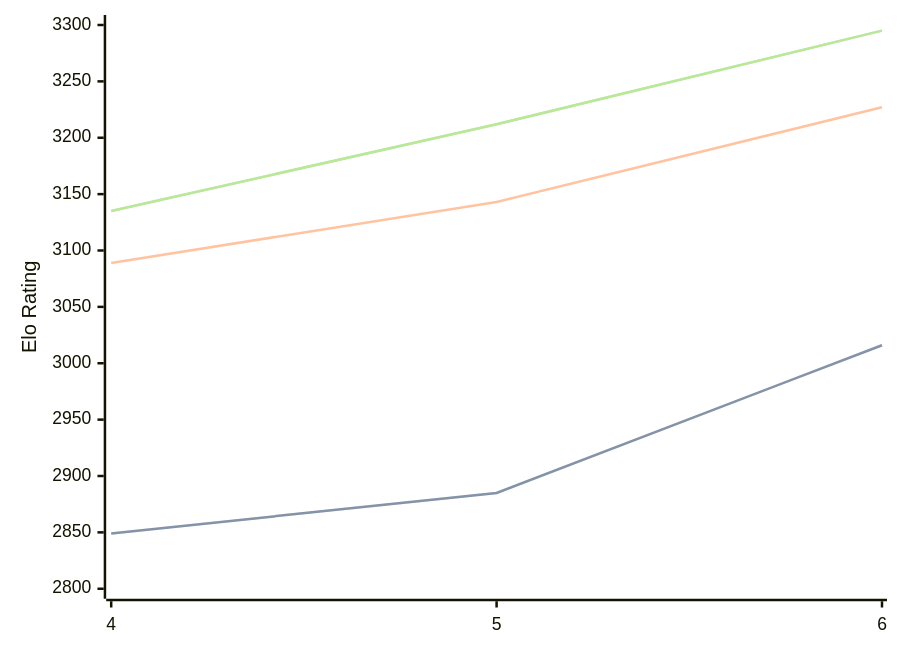
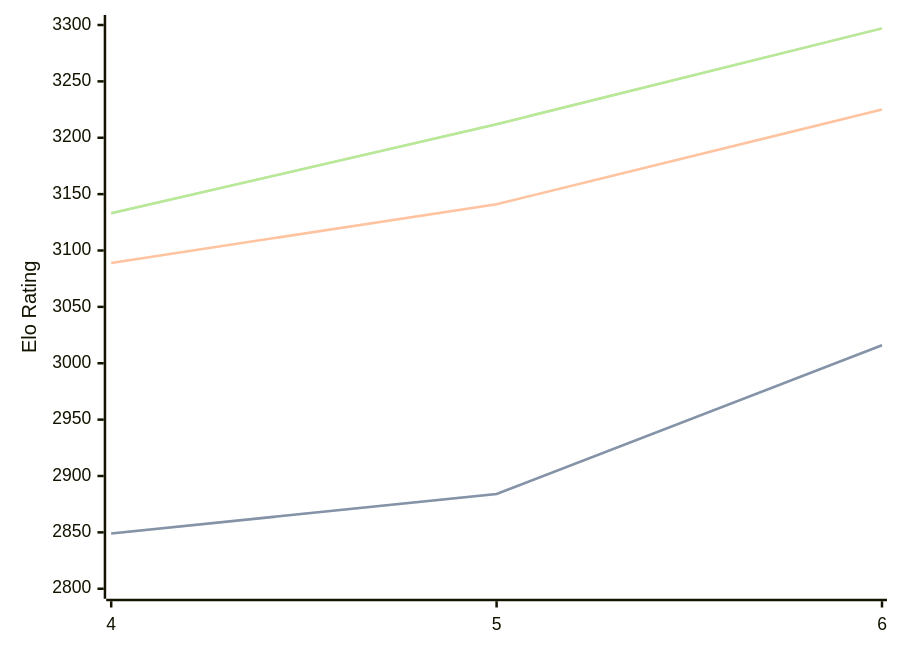
The diagram in engines/Cwtch.md (computer-chess-index/cci), drawn with Mermaid before and after one commit. The commit also changed other lines of this file, not shown here.

Commit message:
Update CCI Ratings (ELO VLTC) - 2026-09-11

````diff
--- a/engines/Cwtch.md
+++ b/engines/Cwtch.md
@@ -34,11 +34,11 @@
 ```mermaid
 %%{init: {"theme":"base","themeVariables":{"seriesColors:['#a3a3a3','#222221','#faa371']}}}%%
 xychart-beta
   x-axis ["4", "5", "6"]
   y-axis "Elo Rating" 2800 --> 3300
-  line "" [2849, 2885, 3016]
-  line "STC (8.0+0.08s)" [2849, 2885, 3016]
-  line "LTC (60.0+0.60s)" [3089, 3143, 3227]
-  line "" [3135, 3212, 3295]
-  line "VLTC (2m24s+1.12s)" [3135, 3212, 3295]
+  line "" [2849, 2884, 3016]
+  line "STC (8.0+0.08s)" [2849, 2884, 3016]
+  line "LTC (60.0+0.60s)" [3089, 3141, 3225]
+  line "" [3133, 3212, 3297]
+  line "VLTC (2m24s+1.12s)" [3133, 3212, 3297]
 ```
````
